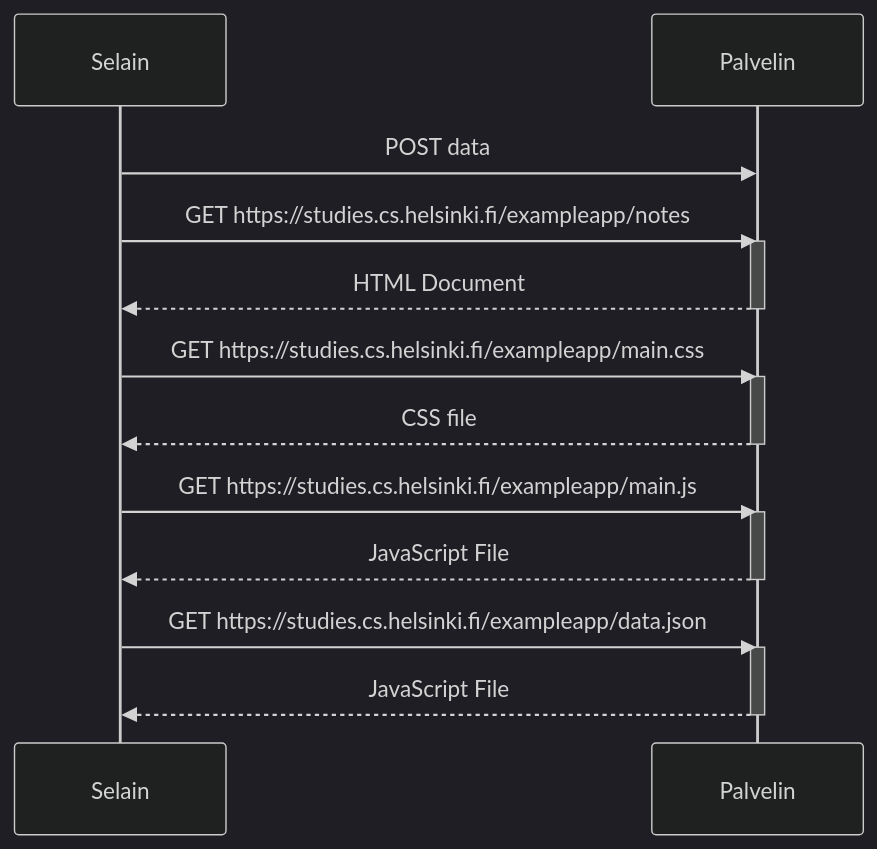
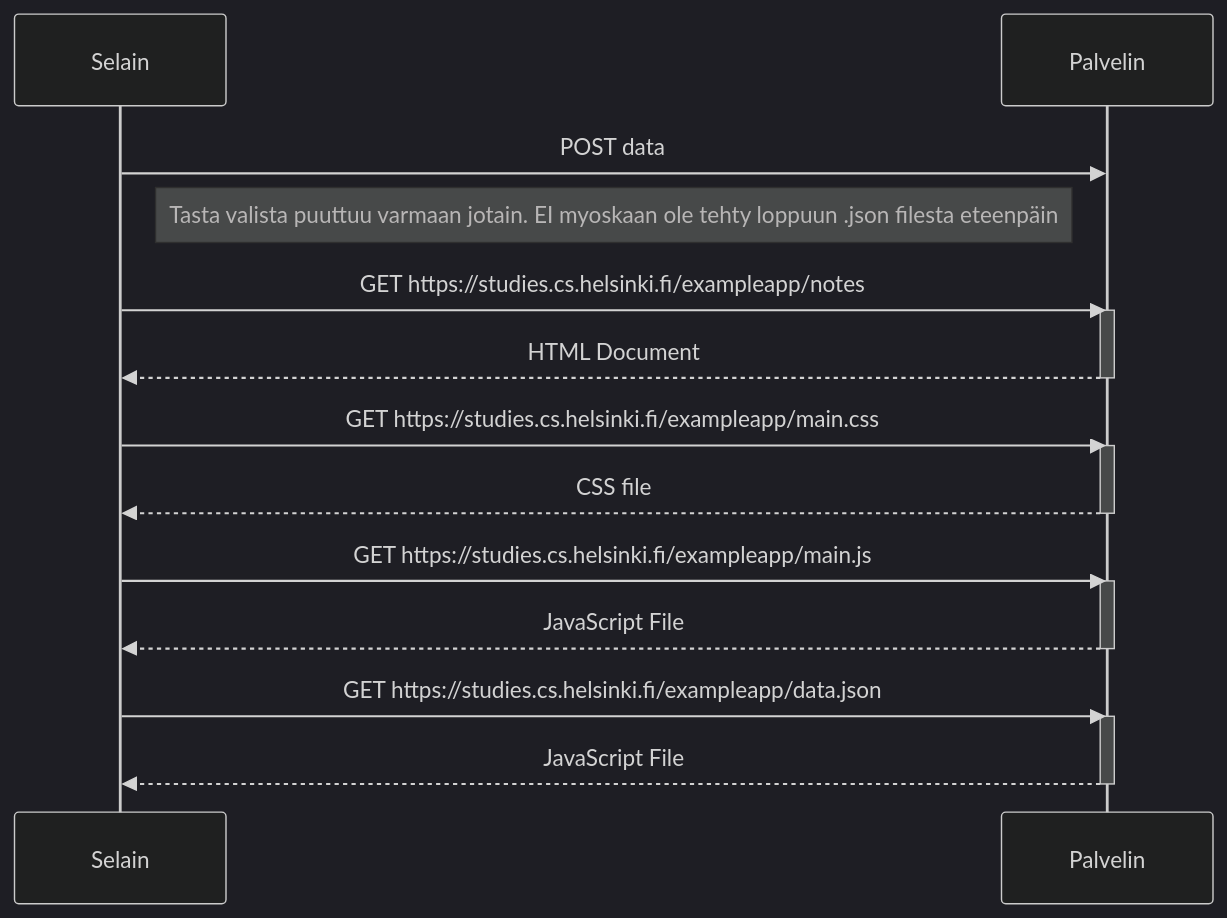
One commit to TeekkariTeemu/fullstack changed the diagram in Osa0/04.md. Above: the diagram before and after it, drawn with Mermaid (dark theme).

Commit message:
kommentin lisäys

````diff
--- a/Osa0/04.md
+++ b/Osa0/04.md
@@ -1,22 +1,23 @@
 ```mermaid
 sequenceDiagram
     participant Selain
     participant Palvelin
     Selain->>Palvelin: POST data
+    Note right of Selain: Tasta valista puuttuu varmaan jotain. EI myoskaan ole tehty loppuun .json filesta eteenpäin 
     Selain->>Palvelin: GET https://studies.cs.helsinki.fi/exampleapp/notes
     activate Palvelin
     Palvelin-->>Selain: HTML Document
     deactivate Palvelin
     Selain->>Palvelin: GET https://studies.cs.helsinki.fi/exampleapp/main.css
     activate Palvelin
     Palvelin-->>Selain: CSS file
     deactivate Palvelin
     Selain->>Palvelin: GET https://studies.cs.helsinki.fi/exampleapp/main.js
     activate Palvelin
     Palvelin-->>Selain: JavaScript File
     deactivate Palvelin
     Selain->>Palvelin: GET https://studies.cs.helsinki.fi/exampleapp/data.json
     activate Palvelin
     Palvelin-->>Selain: JavaScript File
     deactivate Palvelin
 ```
````
